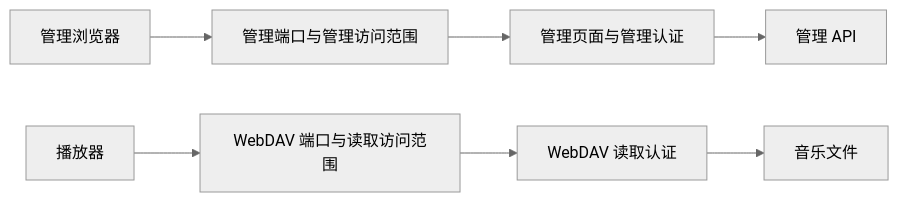
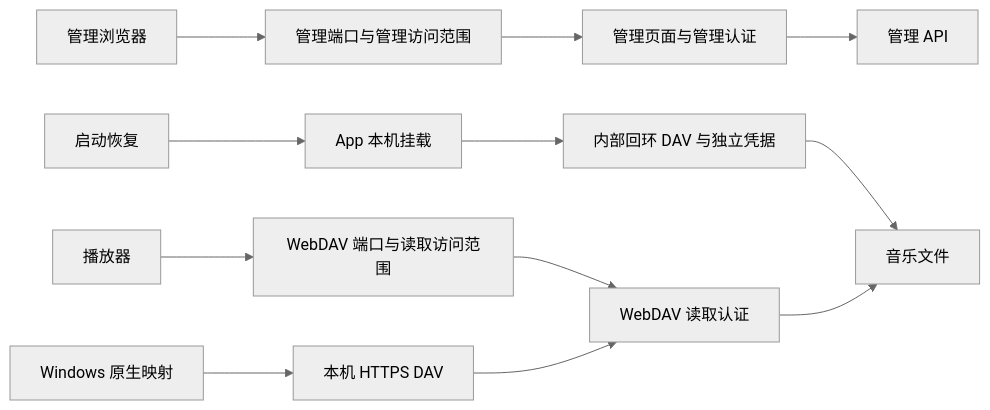
The second of 3 diagrams in docs/architecture/management-access.md (shengyusi-SYS/musicfs), drawn with Mermaid (neutral theme) before and after one commit. The commit also changed other lines of this file and 10 other files, not shown here.

````diff
--- a/docs/architecture/management-access.md
+++ b/docs/architecture/management-access.md
@@ -47,9 +47,14 @@
 ```mermaid
 flowchart LR
     Browser[管理浏览器] --> ManagerPort[管理端口与管理访问范围]
     Player[播放器] --> DavPort[WebDAV 端口与读取访问范围]
     ManagerPort --> Management[管理页面与管理认证]
     DavPort --> DAV[WebDAV 读取认证]
+    NativeWindows[Windows 原生映射] --> HTTPS[本机 HTTPS DAV]
+    HTTPS --> DAV
+    Startup[启动恢复] --> Mount[App 本机挂载]
+    Mount --> Private[内部回环 DAV 与独立凭据]
+    Private --> Files
     DAV --> Files[音乐文件]
     Management --> API[管理 API]
 ```
````
